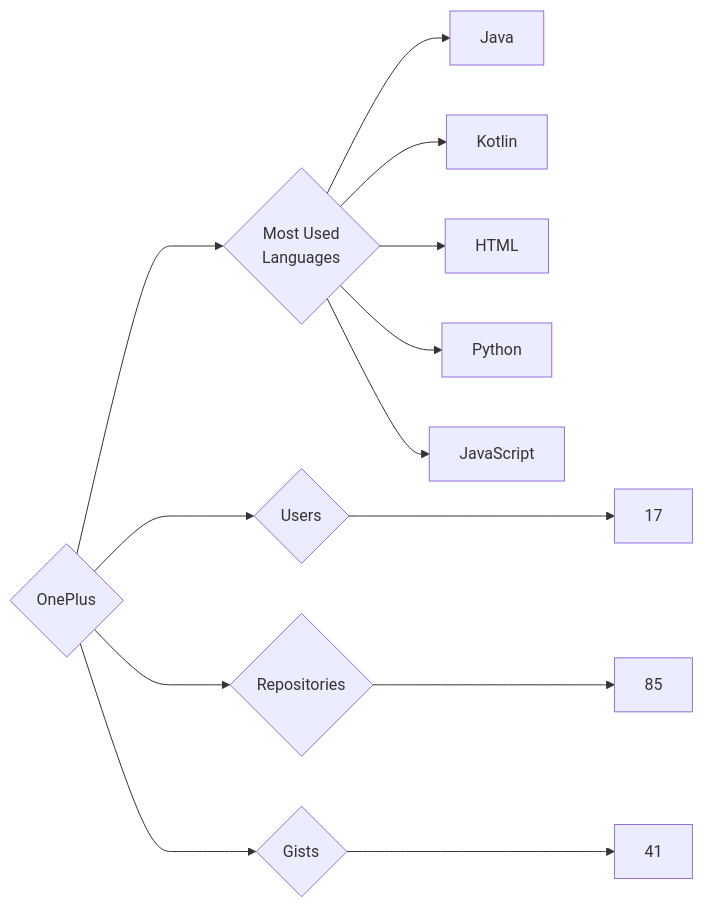
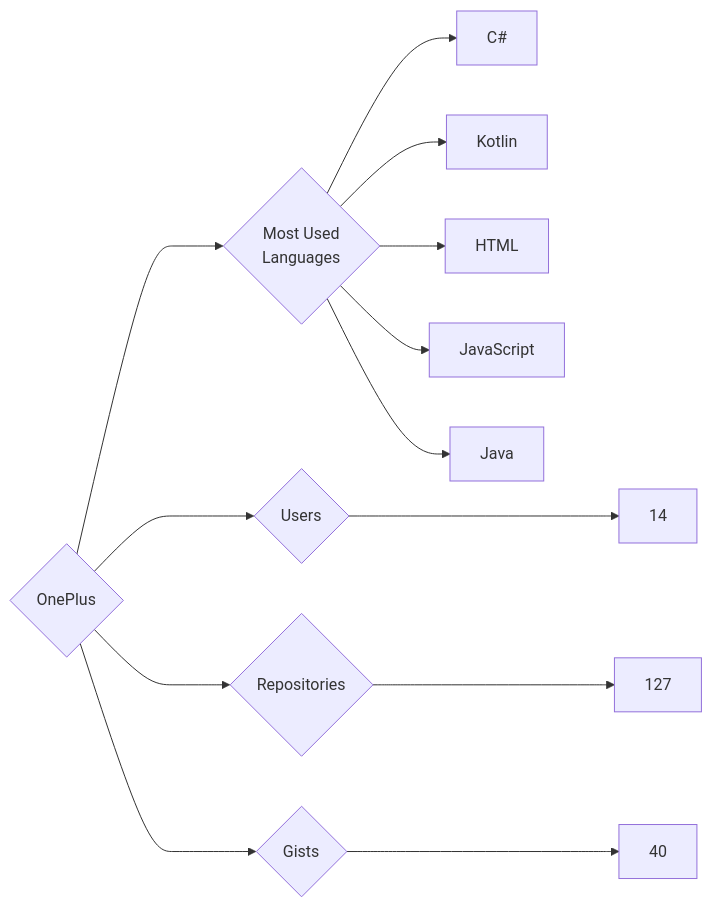
Before and after one commit to trickest/insiders: the diagram in targets/OnePlus/README.md, drawn with Mermaid. The commit also changed 877 other files, not shown here.

````diff
--- a/targets/OnePlus/README.md
+++ b/targets/OnePlus/README.md
@@ -3,13 +3,13 @@
 ```mermaid
 graph LR
 COMPANY_NAME{OnePlus}
-COMPANY_NAME ---> U{Users} ---> UN[17]
-COMPANY_NAME ---> R{Repositories} ---> RN[85]
-COMPANY_NAME ---> G{Gists} ---> GN[41]
+COMPANY_NAME ---> U{Users} ---> UN[14]
+COMPANY_NAME ---> R{Repositories} ---> RN[127]
+COMPANY_NAME ---> G{Gists} ---> GN[40]
 COMPANY_NAME ---> ML{Most Used<br>Languages}
-ML --> Java[Java]
+ML --> C#[C#]
 ML --> Kotlin[Kotlin]
 ML --> HTML[HTML]
-ML --> Python[Python]
 ML --> JavaScript[JavaScript]
+ML --> Java[Java]
 ```
````
